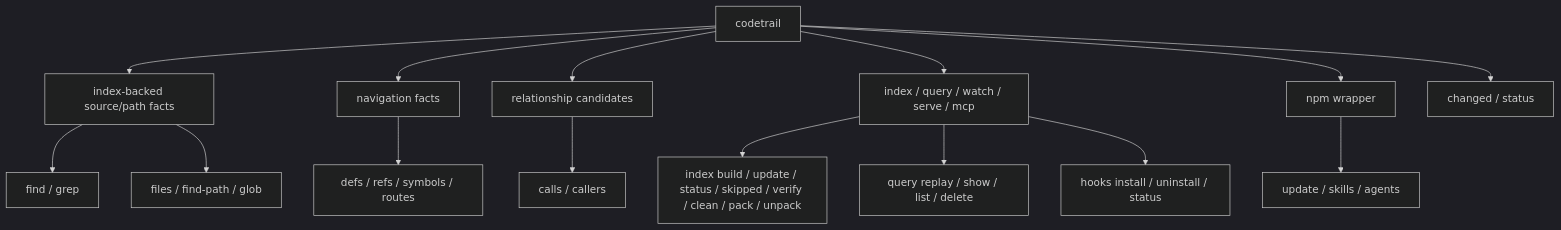
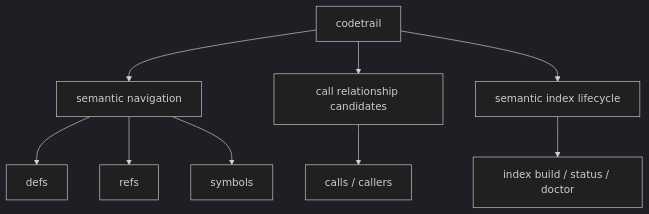
The first of 2 diagrams in docs/02-command-contract.md (mars167/CodeTrail), drawn with Mermaid (dark theme) before and after one commit. The commit also changed other lines of this file and 29 other files, not shown here.

Commit message:
Narrow CodeTrail to semantic index frontend

````diff
--- a/docs/02-command-contract.md
+++ b/docs/02-command-contract.md
@@ -7,18 +9,12 @@
 ```mermaid
 flowchart TB
-  CS["codetrail"] --> L0["index-backed source/path facts"]
-  CS --> L1["navigation facts"]
-  CS --> L2["relationship candidates"]
-  CS --> Ops["index / query / watch / serve / mcp"]
-  CS --> Wrapper["npm wrapper"]
+  CS["codetrail"] --> Nav["semantic navigation"]
+  CS --> Rel["call relationship candidates"]
+  CS --> Index["semantic index lifecycle"]
 
-  L0 --> Search["find / grep"]
-  L0 --> Paths["files / find-path / glob"]
-  CS --> State["changed / status"]
-  L1 --> Nav["defs / refs / symbols / routes"]
-  L2 --> Calls["calls / callers"]
-  Ops --> Index["index build / update / status / skipped / verify / clean / pack / unpack"]
-  Ops --> Query["query replay / show / list / delete"]
-  Ops --> Hooks["hooks install / uninstall / status"]
-  Wrapper --> WrapperCmds["update / skills / agents"]
+  Nav --> Defs["defs"]
+  Nav --> Refs["refs"]
+  Nav --> Symbols["symbols"]
+  Rel --> Calls["calls / callers"]
+  Index --> IndexCmds["index build / status / doctor"]
 ```
````
